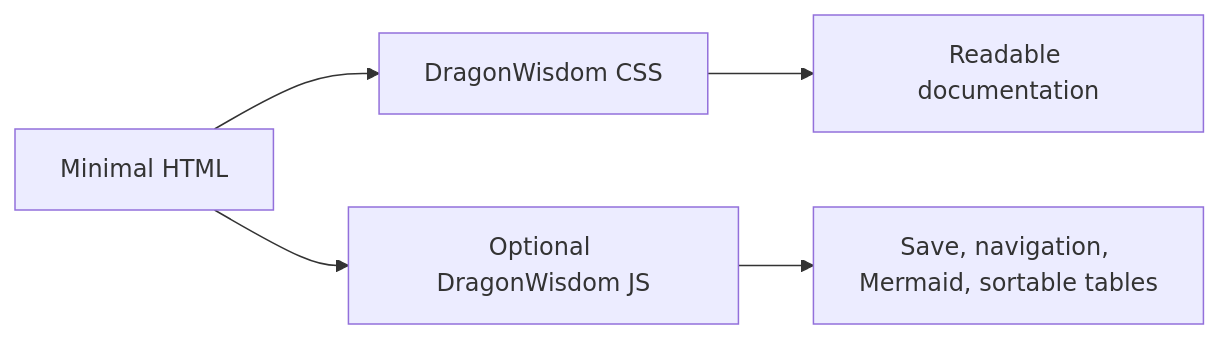
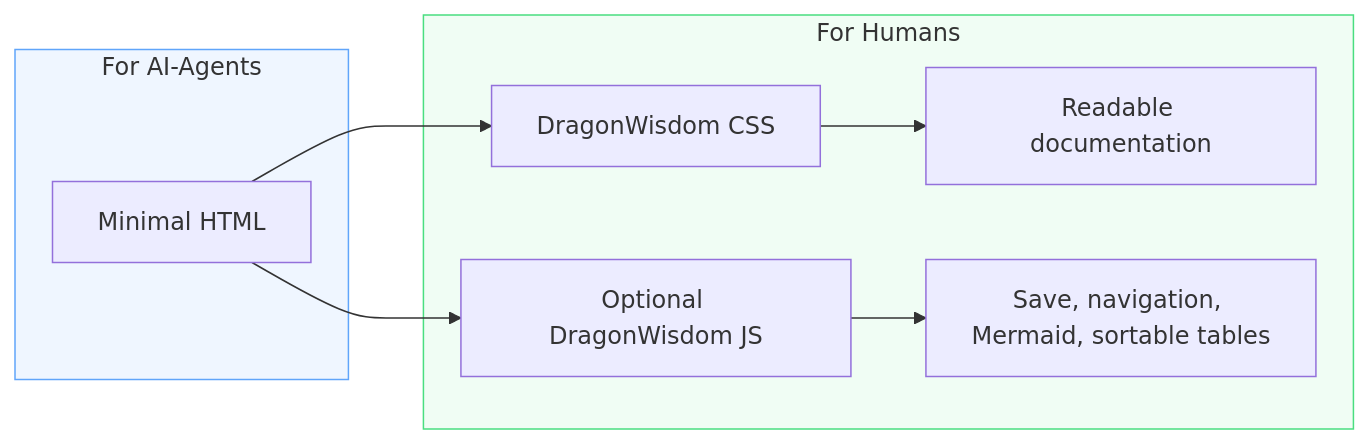
Before and after one commit to Sharaal/dragonwisdom: the diagram in README.md, drawn with Mermaid. The commit also changed 1 other file, not shown here.

Commit message:
chore: Better mermaid diagram for the how it works

````diff
--- a/README.md
+++ b/README.md
@@ -26,7 +26,18 @@
 ```mermaid
 flowchart LR
-  A[Minimal HTML] --> B[DragonWisdom CSS]
-  B --> C[Readable documentation]
-  A --> D[Optional DragonWisdom JS]
-  D --> E[Save, navigation, Mermaid, sortable tables]
+  subgraph agents[For AI-Agents]
+    A[Minimal HTML]
+  end
+  subgraph humans[For Humans]
+    B[DragonWisdom CSS]
+    C[Readable documentation]
+    D[Optional DragonWisdom JS]
+    E[Save, navigation, Mermaid, sortable tables]
+  end
+  A --> B
+  B --> C
+  A --> D
+  D --> E
+  style agents fill:#eff6ff,stroke:#60a5fa
+  style humans fill:#f0fdf4,stroke:#4ade80
 ```
````
